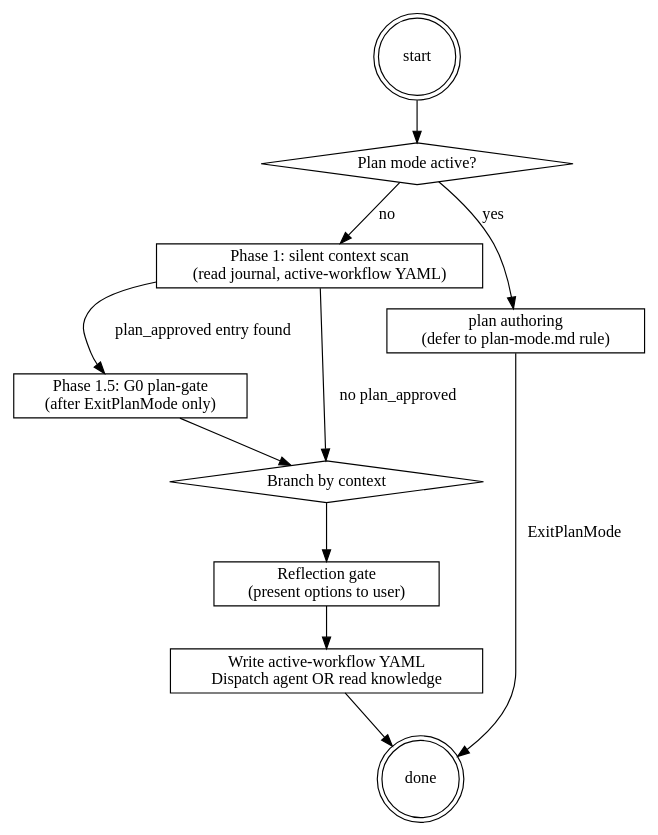
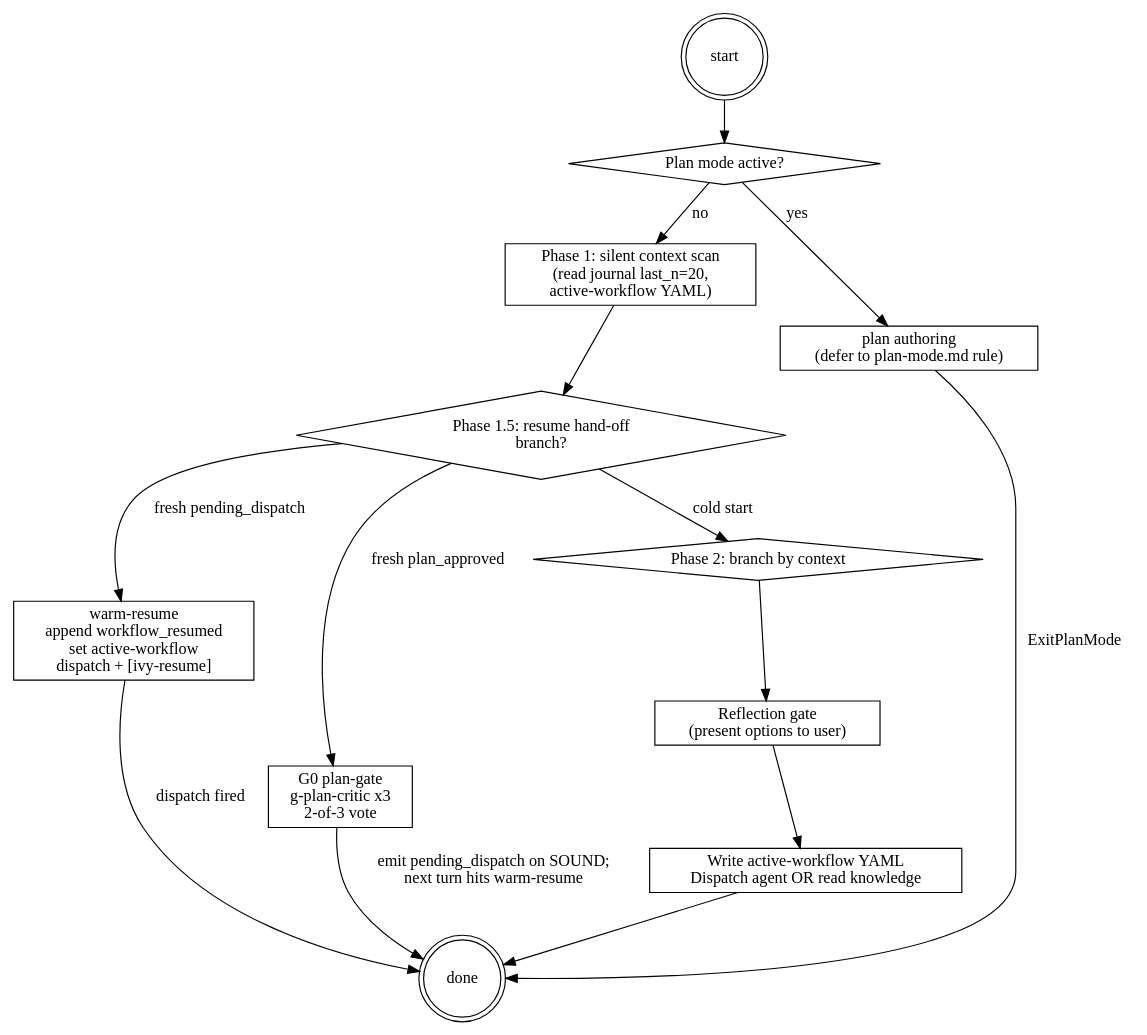
Before and after one commit to ElNiak/panther-ivy-plugin: the diagram in plugins/panther-ivy-plugin/skills/ivy/SKILL.md, drawn with Graphviz. The commit also changed other lines of this file and 2 other files, not shown here.

````diff
--- a/plugins/panther-ivy-plugin/skills/ivy/SKILL.md
+++ b/plugins/panther-ivy-plugin/skills/ivy/SKILL.md
@@ -103,25 +145,30 @@
 ```dot
 digraph orchestrator {
   start [shape=doublecircle];
   plan_mode [shape=diamond, label="Plan mode active?"];
-  phase_1_scan [shape=box, label="Phase 1: silent context scan\n(read journal, active-workflow YAML)"];
-  phase_15_gate [shape=box, label="Phase 1.5: G0 plan-gate\n(after ExitPlanMode only)"];
-  phase_2_branch [shape=diamond, label="Branch by context"];
+  phase_1_scan [shape=box, label="Phase 1: silent context scan\n(read journal last_n=20,\nactive-workflow YAML)"];
+  phase_15_handoff [shape=diamond, label="Phase 1.5: resume hand-off\nbranch?"];
+  phase_15_warm [shape=box, label="warm-resume\nappend workflow_resumed\nset active-workflow\ndispatch + [ivy-resume]"];
+  phase_15_g0 [shape=box, label="G0 plan-gate\ng-plan-critic x3\n2-of-3 vote"];
+  phase_2_branch [shape=diamond, label="Phase 2: branch by context"];
   reflection [shape=box, label="Reflection gate\n(present options to user)"];
   dispatch [shape=box, label="Write active-workflow YAML\nDispatch agent OR read knowledge"];
   done [shape=doublecircle];
 
   plan_authoring [shape=box, label="plan authoring\n(defer to plan-mode.md rule)"];
 
   start -> plan_mode;
   plan_mode -> plan_authoring [label="yes"];
   plan_authoring -> done [label="ExitPlanMode"];
   plan_mode -> phase_1_scan [label="no"];
-  phase_1_scan -> phase_15_gate [label="plan_approved entry found"];
-  phase_15_gate -> phase_2_branch;
-  phase_1_scan -> phase_2_branch [label="no plan_approved"];
+  phase_1_scan -> phase_15_handoff;
+  phase_15_handoff -> phase_15_warm [label="fresh pending_dispatch"];
+  phase_15_handoff -> phase_15_g0 [label="fresh plan_approved"];
+  phase_15_handoff -> phase_2_branch [label="cold start"];
+  phase_15_warm -> done [label="dispatch fired"];
+  phase_15_g0 -> done [label="emit pending_dispatch on SOUND;\nnext turn hits warm-resume"];
   phase_2_branch -> reflection;
   reflection -> dispatch;
   dispatch -> done;
 }
 ```
````
